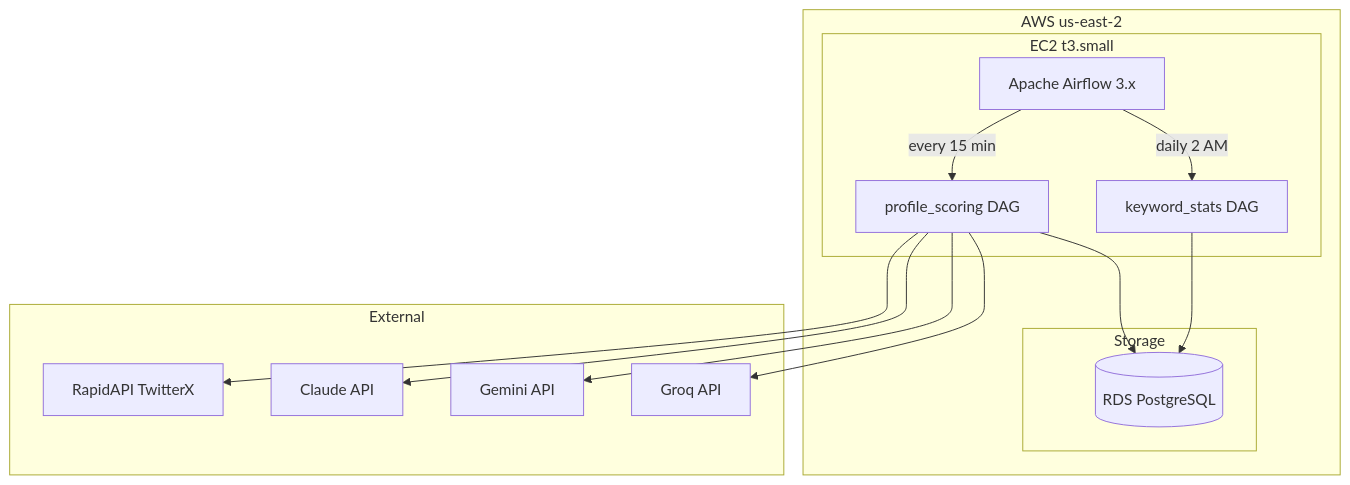
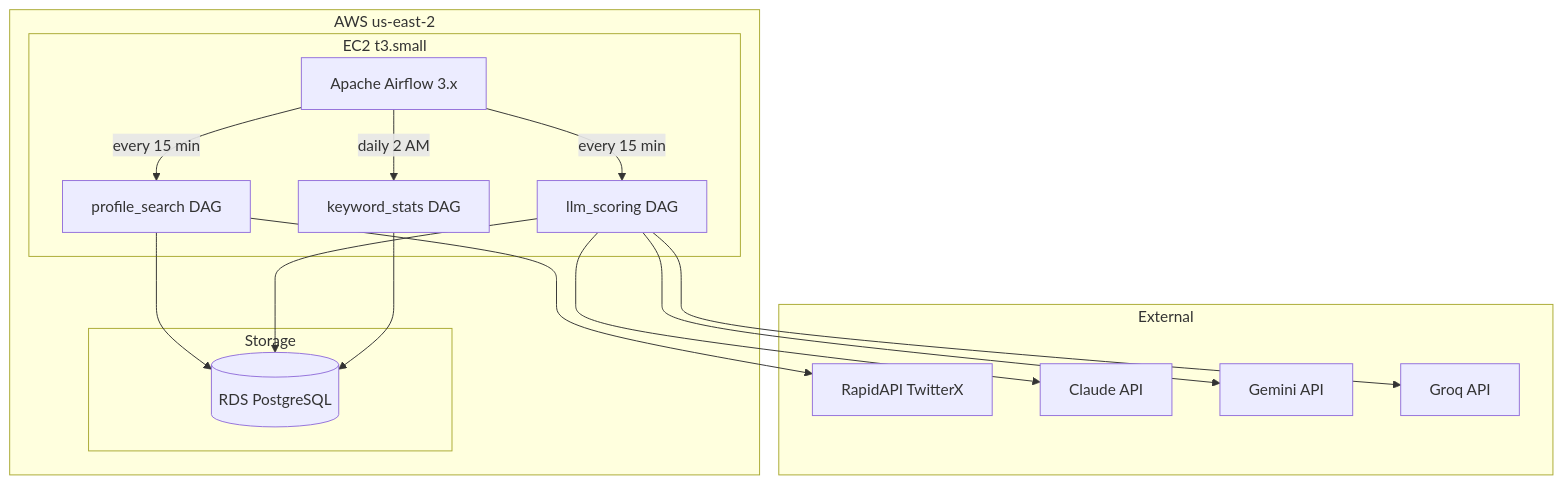
One commit to DanEscher98/twitter-profile-scorer changed the first of 3 diagrams in docs/architecture.md. Above: the diagram before and after it, drawn with Mermaid. The commit also changed other lines of this file and 8 other files, not shown here.

````diff
--- a/docs/architecture.md
+++ b/docs/architecture.md
@@ -53,30 +7,33 @@
 ```mermaid
 graph TB
     subgraph Region["AWS us-east-2"]
         subgraph "EC2 t3.small"
             AF[Apache Airflow 3.x]
-            PS_DAG[profile_scoring DAG]
+            PS_DAG[profile_search DAG]
+            LLM_DAG[llm_scoring DAG]
             KS_DAG[keyword_stats DAG]
         end
 
         subgraph Storage
             RDS[(RDS PostgreSQL)]
         end
     end
 
     subgraph External
         RapidAPI[RapidAPI TwitterX]
         Claude[Claude API]
         Gemini[Gemini API]
         Groq[Groq API]
     end
 
     AF -->|every 15 min| PS_DAG
+    AF -->|every 15 min| LLM_DAG
     AF -->|daily 2 AM| KS_DAG
     PS_DAG --> RapidAPI
-    PS_DAG --> Claude
-    PS_DAG --> Gemini
-    PS_DAG --> Groq
     PS_DAG --> RDS
+    LLM_DAG --> Claude
+    LLM_DAG --> Gemini
+    LLM_DAG --> Groq
+    LLM_DAG --> RDS
     KS_DAG --> RDS
 ```
````
